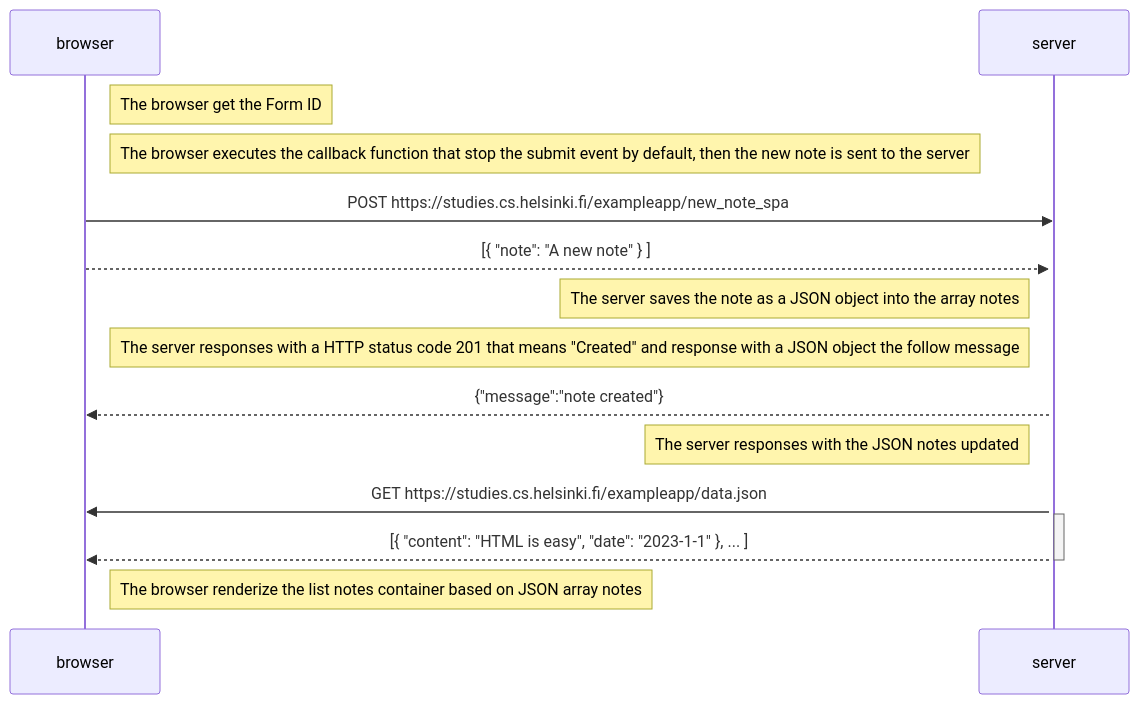
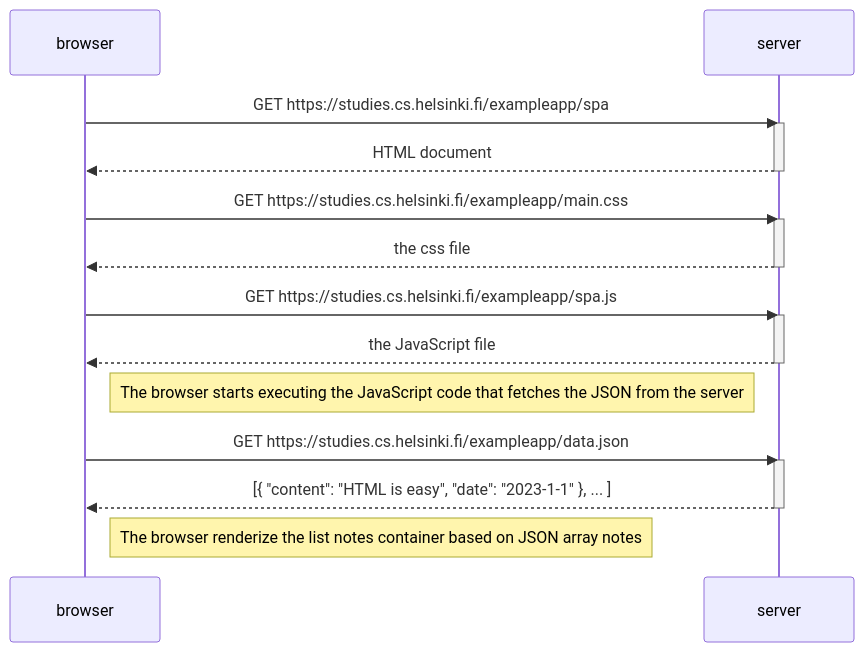
Before and after one commit to claudiainbytes/fullstackopen: the diagram in part0/05.md, drawn with Mermaid.

````diff
--- a/part0/05.md
+++ b/part0/05.md
@@ -1,28 +1,29 @@
 ```mermaid
 sequenceDiagram
     participant browser
     participant server
 
-    Note right of browser: The browser get the Form ID
+    browser->>server: GET https://studies.cs.helsinki.fi/exampleapp/spa
+    activate server
+    server-->>browser: HTML document
+    deactivate server
 
-    Note right of browser: The browser executes the callback function that stop the submit event by default, then the new note is sent to the server
+    browser->>server: GET https://studies.cs.helsinki.fi/exampleapp/main.css
+    activate server
+    server-->>browser: the css file
+    deactivate server
 
-    browser->>server: POST https://studies.cs.helsinki.fi/exampleapp/new_note_spa
+    browser->>server: GET https://studies.cs.helsinki.fi/exampleapp/spa.js
     activate server
+    server-->>browser: the JavaScript file
+    deactivate server
 
-    browser-->>server: [{ "note": "A new note" } ]
+    Note right of browser: The browser starts executing the JavaScript code that fetches the JSON from the server
 
-    Note left of server: The server saves the note as a JSON object into the array notes
-
-    Note left of server:  The server responses with a HTTP status code 201 that means "Created" and response with a JSON object the follow message
-    server-->>browser: {"message":"note created"}
-
-    Note left of server:  The server responses with the JSON notes updated 
-    server->>browser: GET https://studies.cs.helsinki.fi/exampleapp/data.json
+    browser->>server: GET https://studies.cs.helsinki.fi/exampleapp/data.json
     activate server
     server-->>browser: [{ "content": "HTML is easy", "date": "2023-1-1" }, ... ]
     deactivate server
 
     Note right of browser: The browser renderize the list notes container based on JSON array notes
-    
 ```
````
